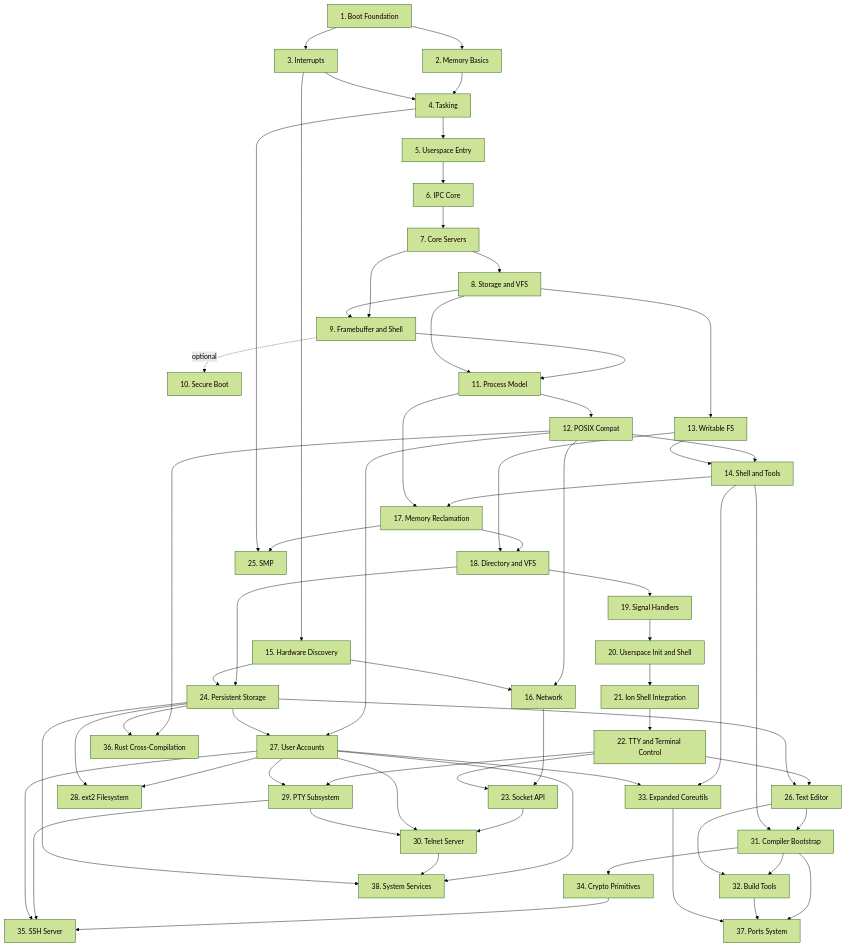
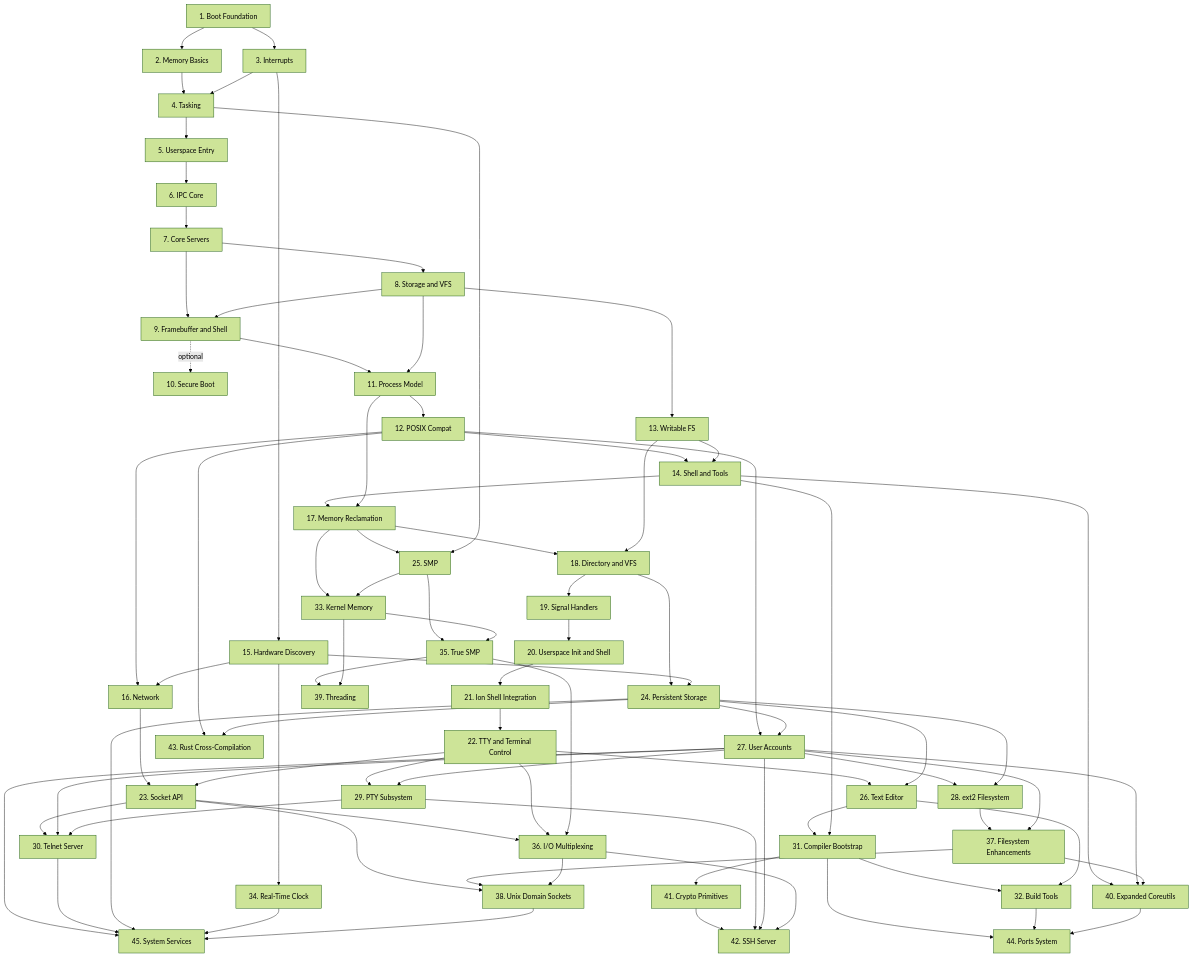
Before and after one commit to mikecubed/m3OS: the diagram in docs/08-roadmap.md, drawn with Mermaid (forest theme). The commit also changed other lines of this file and 20 other files, not shown here.

Commit message:
docs: add kernel infrastructure phases 33-39 to roadmap (#56)

````diff
--- a/docs/08-roadmap.md
+++ b/docs/08-roadmap.md
@@ -71,18 +71,41 @@
     P14 --> P31
     P31 --> P32["32. Build Tools"]
     P26 --> P32
-    P14 --> P33["33. Expanded Coreutils"]
-    P27 --> P33
-    P31 --> P34["34. Crypto Primitives"]
-    P34 --> P35["35. SSH Server"]
-    P29 --> P35
-    P27 --> P35
-    P12 --> P36["36. Rust Cross-Compilation"]
-    P24 --> P36
-    P31 --> P37["37. Ports System"]
-    P32 --> P37
-    P33 --> P37
-    P27 --> P38["38. System Services"]
-    P30 --> P38
-    P24 --> P38
+
+    %% Kernel infrastructure phases
+    P17 --> P33["33. Kernel Memory"]
+    P25 --> P33
+    P15 --> P34["34. Real-Time Clock"]
+    P25 --> P35["35. True SMP"]
+    P33 --> P35
+    P23 --> P36["36. I/O Multiplexing"]
+    P22 --> P36
+    P35 --> P36
+    P28 --> P37["37. Filesystem Enhancements"]
+    P27 --> P37
+    P23 --> P38["38. Unix Domain Sockets"]
+    P37 --> P38
+    P36 --> P38
+    P35 --> P39["39. Threading"]
+    P33 --> P39
+
+    %% Application phases
+    P14 --> P40["40. Expanded Coreutils"]
+    P27 --> P40
+    P37 --> P40
+    P31 --> P41["41. Crypto Primitives"]
+    P41 --> P42["42. SSH Server"]
+    P29 --> P42
+    P27 --> P42
+    P36 --> P42
+    P12 --> P43["43. Rust Cross-Compilation"]
+    P24 --> P43
+    P31 --> P44["44. Ports System"]
+    P32 --> P44
+    P40 --> P44
+    P27 --> P45["45. System Services"]
+    P30 --> P45
+    P24 --> P45
+    P34 --> P45
+    P38 --> P45
 ```
````
